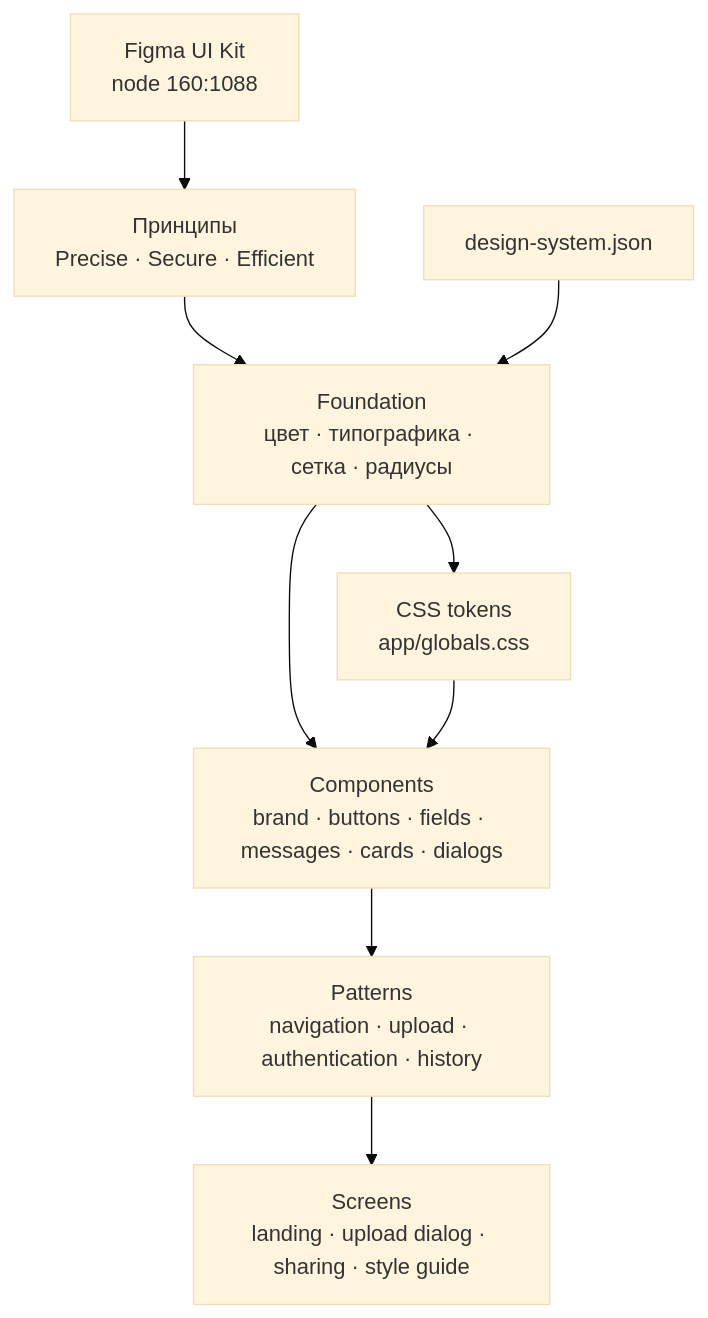
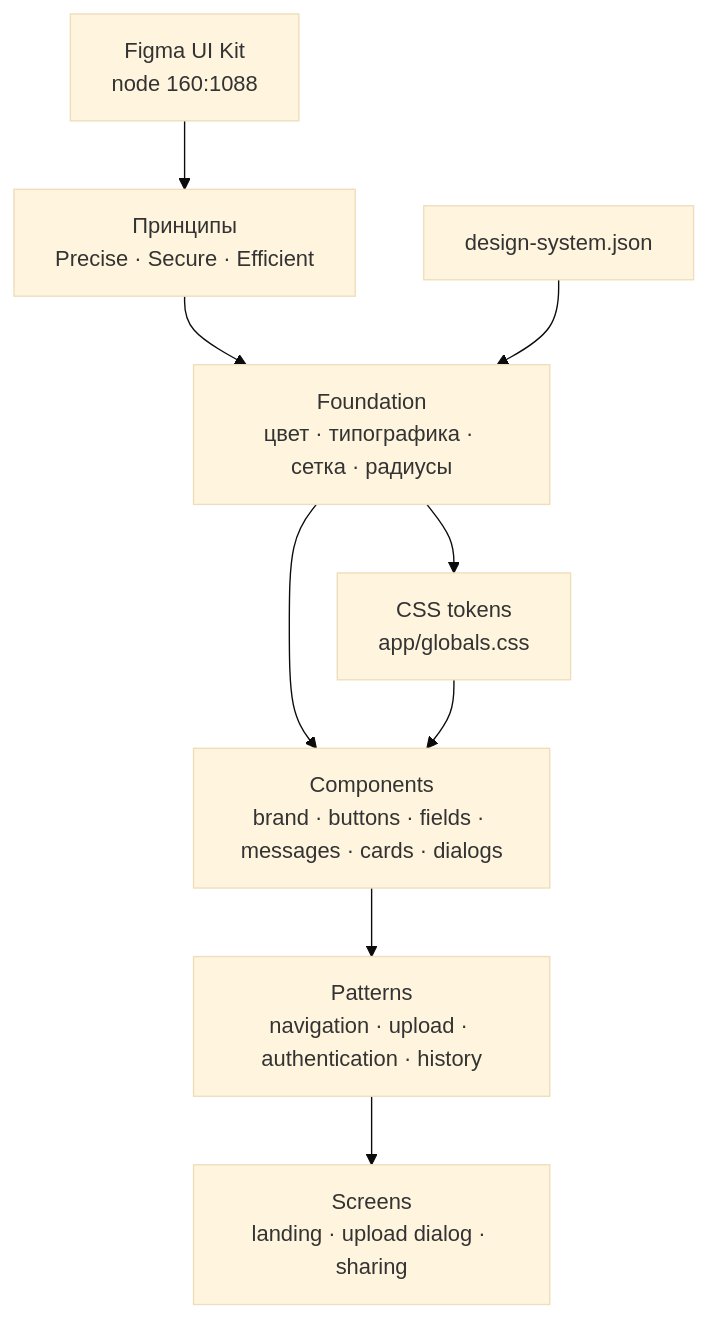
One commit to SimonVolman/fly-ae-platform changed the first of 3 diagrams in docs/design-system.md. Above: the diagram before and after it, drawn with Mermaid (base theme). The commit also changed other lines of this file and 17 other files, not shown here.

Commit message:
Improve upload flow and add general documents

````diff
--- a/docs/design-system.md
+++ b/docs/design-system.md
@@ -15,11 +13,11 @@
 ```mermaid
 flowchart TD
     A["Принципы<br/>Precise · Secure · Efficient"] --> B["Foundation<br/>цвет · типографика · сетка · радиусы"]
     B --> C["Components<br/>brand · buttons · fields · messages · cards · dialogs"]
     C --> D["Patterns<br/>navigation · upload · authentication · history"]
-    D --> E["Screens<br/>landing · upload dialog · sharing · style guide"]
+    D --> E["Screens<br/>landing · upload dialog · sharing"]
     F["Figma UI Kit<br/>node 160:1088"] --> A
     G["design-system.json"] --> B
     B --> H["CSS tokens<br/>app/globals.css"]
     H --> C
 ```
````
